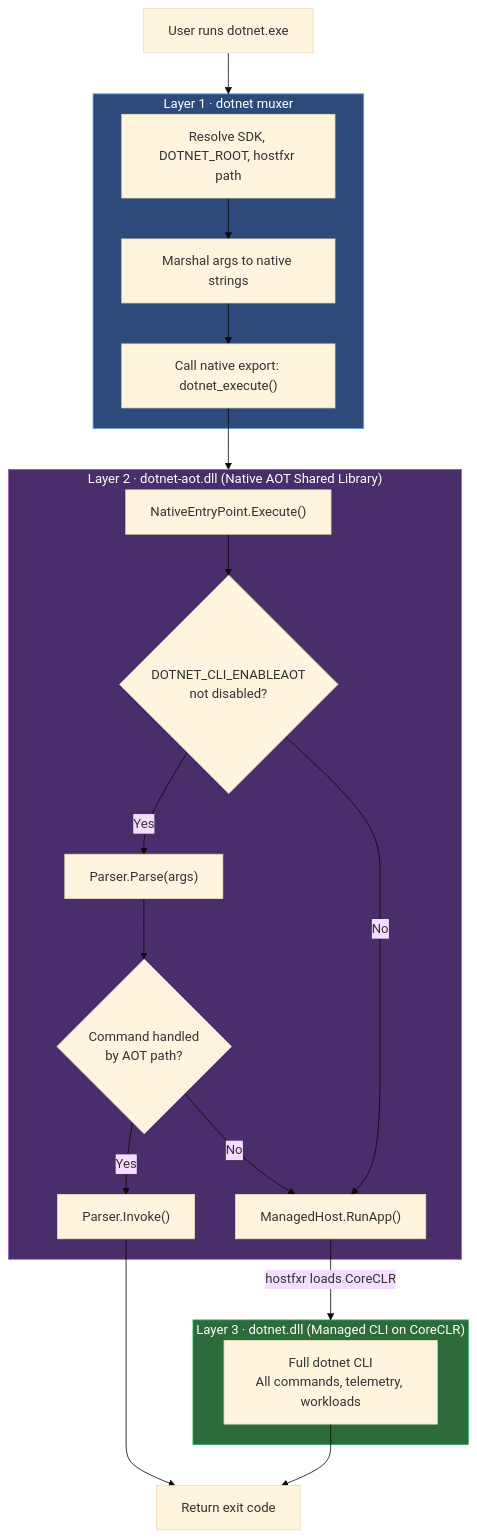
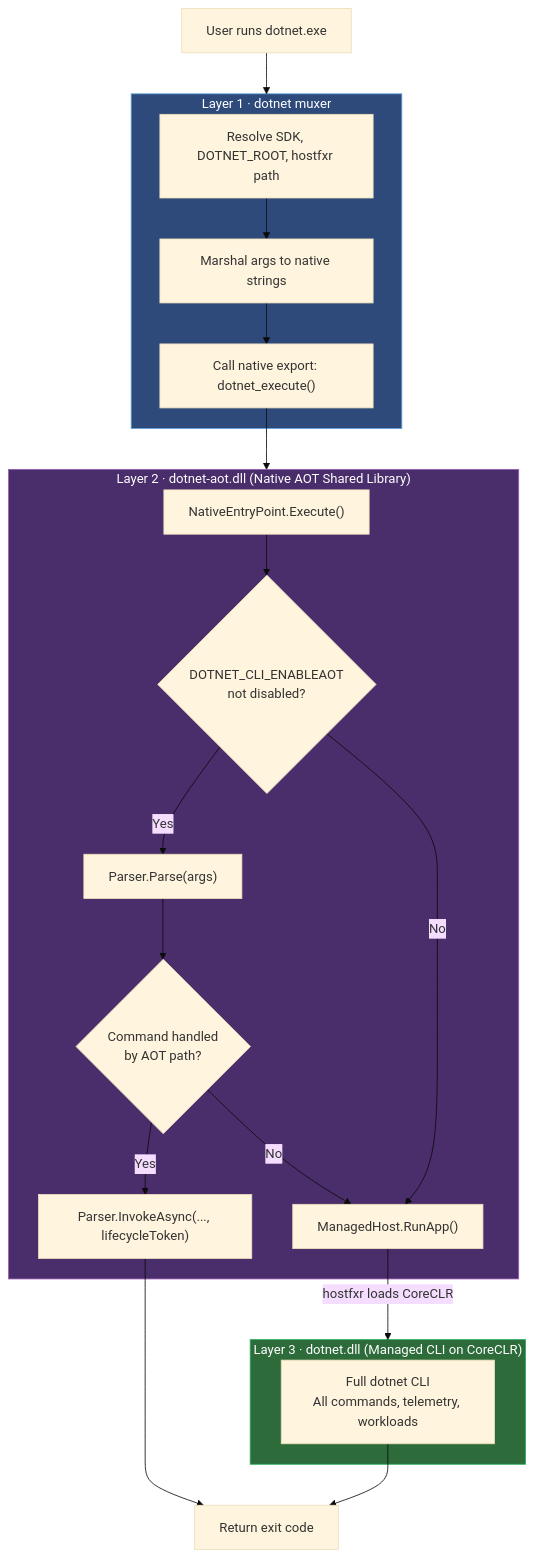
One commit to dotnet/sdk changed the first of 6 diagrams in src/Cli/dotnet-aot/DESIGN.md. Above: the diagram before and after it, drawn with Mermaid (base theme). The commit also changed other lines of this file and 21 other files, not shown here.

````diff
--- a/src/Cli/dotnet-aot/DESIGN.md
+++ b/src/Cli/dotnet-aot/DESIGN.md
@@ -58,40 +58,40 @@
 ```mermaid
 graph TD
     User["User runs dotnet.exe"] --> L1
 
     subgraph L1["Layer 1 · dotnet muxer"]
         Resolve["Resolve SDK, DOTNET_ROOT, hostfxr path"]
         Marshal["Marshal args to native strings"]
         NativeExport["Call native export: dotnet_execute()"]
         Resolve --> Marshal --> NativeExport
     end
 
     NativeExport --> L2
 
     subgraph L2["Layer 2 · dotnet-aot.dll  (Native AOT Shared Library)"]
         Entry["NativeEntryPoint.Execute()"]
         AotCheck{"DOTNET_CLI_ENABLEAOT<br/>not disabled?"}
         Parse["Parser.Parse(args)"]
         Fast{"Command handled<br/>by AOT path?"}
-        Invoke["Parser.Invoke()"]
+        Invoke["Parser.InvokeAsync(..., lifecycleToken)"]
         HostInit["ManagedHost.RunApp()"]
         Entry --> AotCheck
         AotCheck -- "Yes" --> Parse --> Fast
         AotCheck -- "No" --> HostInit
         Fast -- "Yes" --> Invoke
         Fast -- "No" --> HostInit
     end
 
     Invoke --> Done["Return exit code"]
     HostInit -->|"hostfxr loads CoreCLR"| L3
 
     subgraph L3["Layer 3 · dotnet.dll  (Managed CLI on CoreCLR)"]
         FullCLI["Full dotnet CLI<br/>All commands, telemetry, workloads"]
     end
 
     FullCLI --> Done
 
     style L1 fill:#2d4a7a,stroke:#5b9bd5,color:#fff
     style L2 fill:#4a2d6b,stroke:#9b59b6,color:#fff
     style L3 fill:#2d6b3a,stroke:#27ae60,color:#fff
 ```
````
